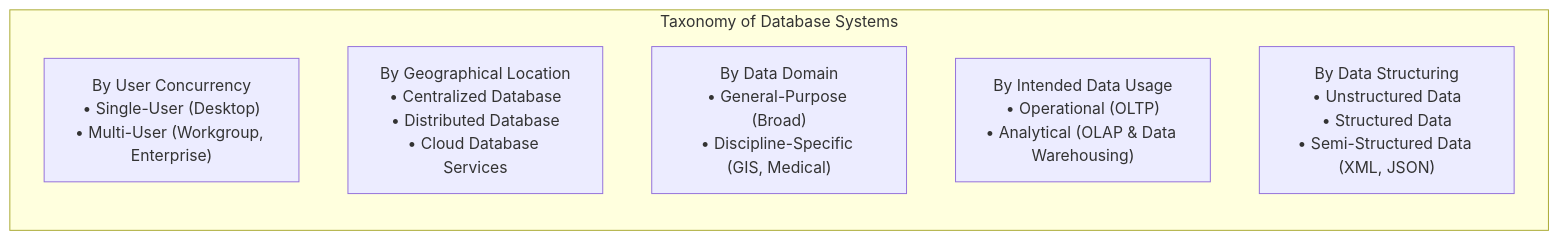
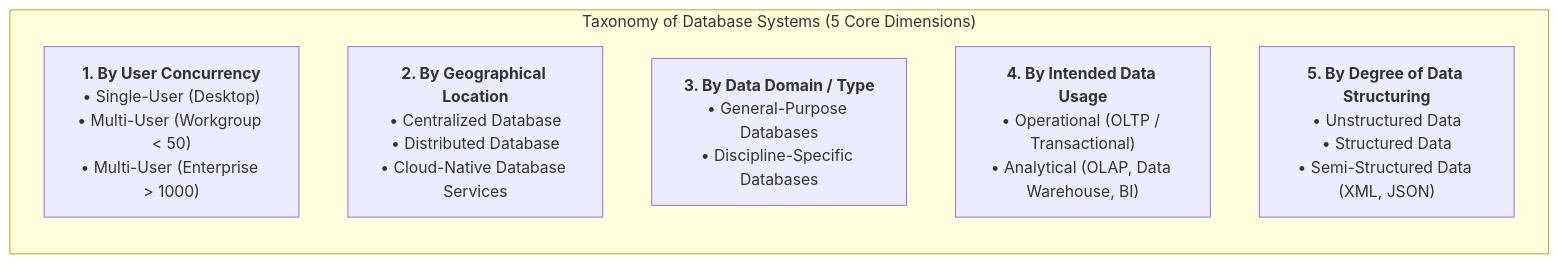
The seventh of 58 diagrams in Y2S1/CCA202 Database Fundamentals.md (Fake1Doge/Obsidian-notes), drawn with Mermaid before and after one commit. The commit also changed other lines of this file and 9 other files, not shown here.

````diff
--- a/Y2S1/CCA202 Database Fundamentals.md
+++ b/Y2S1/CCA202 Database Fundamentals.md
@@ -90,11 +267,11 @@
 ```mermaid
 flowchart TD
-    subgraph Taxonomy["Taxonomy of Database Systems"]
+    subgraph TaxonomyRoot["Taxonomy of Database Systems (5 Core Dimensions)"]
         direction TB
-        Users["By User Concurrency<br/>• Single-User (Desktop)<br/>• Multi-User (Workgroup, Enterprise)"]
-        Location["By Geographical Location<br/>• Centralized Database<br/>• Distributed Database<br/>• Cloud Database Services"]
-        Domain["By Data Domain<br/>• General-Purpose (Broad)<br/>• Discipline-Specific (GIS, Medical)"]
-        Usage["By Intended Data Usage<br/>• Operational (OLTP)<br/>• Analytical (OLAP & Data Warehousing)"]
-        Structure["By Data Structuring<br/>• Unstructured Data<br/>• Structured Data<br/>• Semi-Structured Data (XML, JSON)"]
+        D1["<b>1. By User Concurrency</b><br/>• Single-User (Desktop)<br/>• Multi-User (Workgroup &lt; 50)<br/>• Multi-User (Enterprise &gt; 1000)"]
+        D2["<b>2. By Geographical Location</b><br/>• Centralized Database<br/>• Distributed Database<br/>• Cloud-Native Database Services"]
+        D3["<b>3. By Data Domain / Type</b><br/>• General-Purpose Databases<br/>• Discipline-Specific Databases"]
+        D4["<b>4. By Intended Data Usage</b><br/>• Operational (OLTP / Transactional)<br/>• Analytical (OLAP, Data Warehouse, BI)"]
+        D5["<b>5. By Degree of Data Structuring</b><br/>• Unstructured Data<br/>• Structured Data<br/>• Semi-Structured Data (XML, JSON)"]
     end
 ```
````
